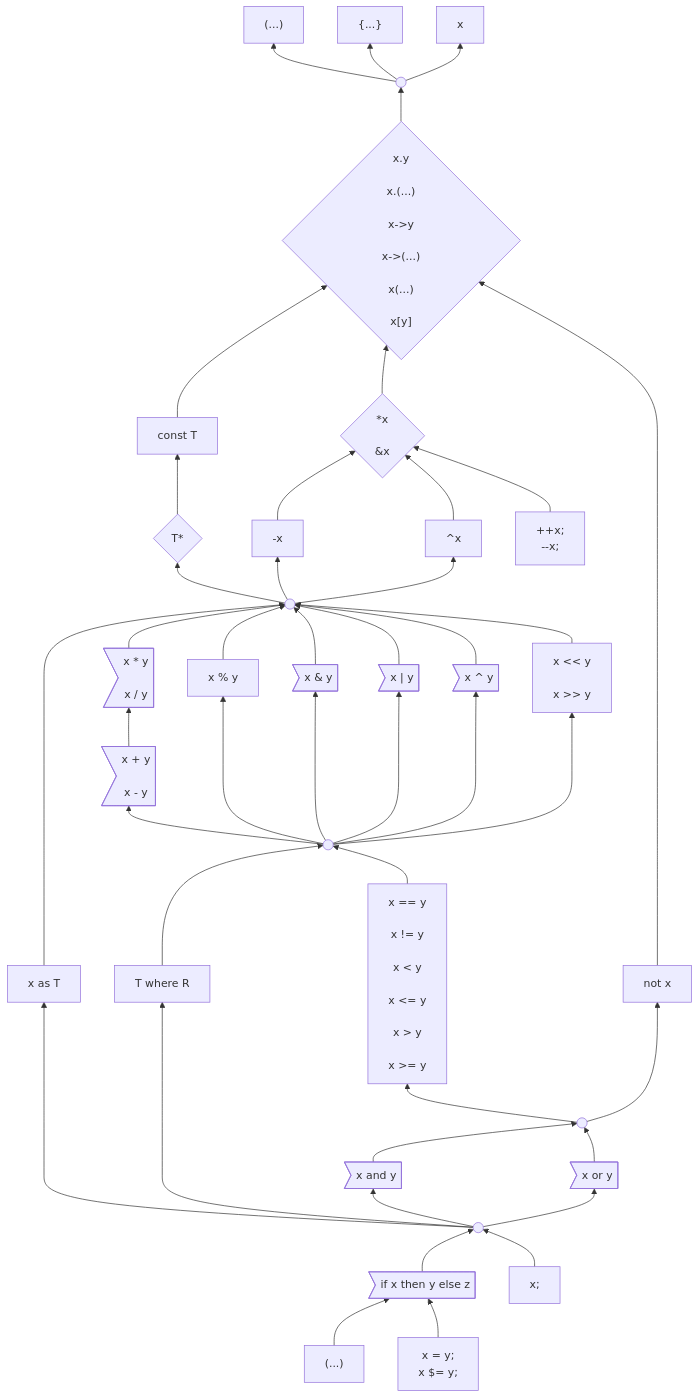
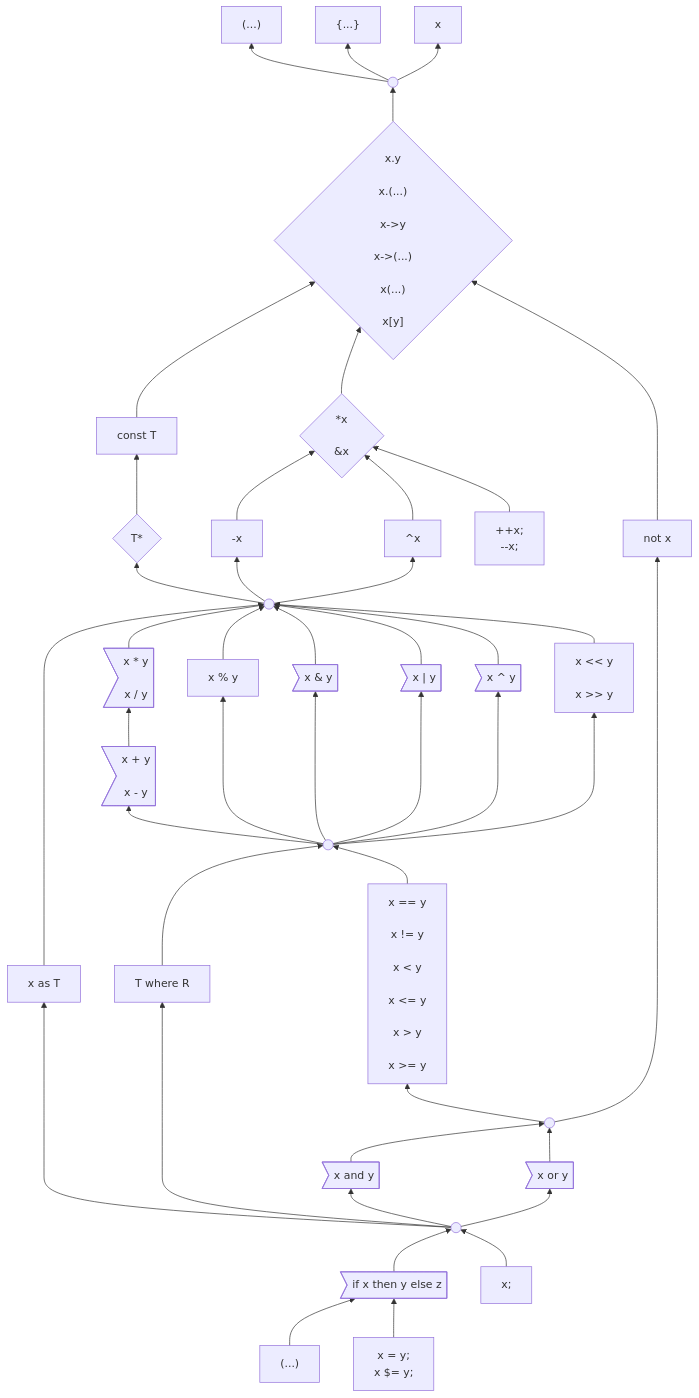
Before and after one commit to carbon-language/carbon-lang: the first of 3 diagrams in docs/design/expressions/README.md, drawn with Mermaid.

Commit message:
Checkpoint progress.

```diff
--- a/docs/design/expressions/README.md
+++ b/docs/design/expressions/README.md
@@ -167,7 +167,7 @@
     negation & complement & incDec --> pointer
     unary --> pointerType & negation & complement
     %% Use a longer arrow here to put `not` next to `and` and `or`.
-    not --------> suffixOps
+    not ---> suffixOps
     as -----> unary
     multiplication & modulo & bitwise_and & bitwise_or & bitwise_xor & shift --> unary
     addition --> multiplication
@@ -175,7 +175,8 @@
     where --> binaryOps
     comparison --> binaryOps
     %% comparison ----> as
-    logicalOperand --> comparison & not
+    logicalOperand --> comparison
+    logicalOperand-------> not
     and & or --> logicalOperand
     logicalExpression ----> as
     logicalExpression ----> where
```
